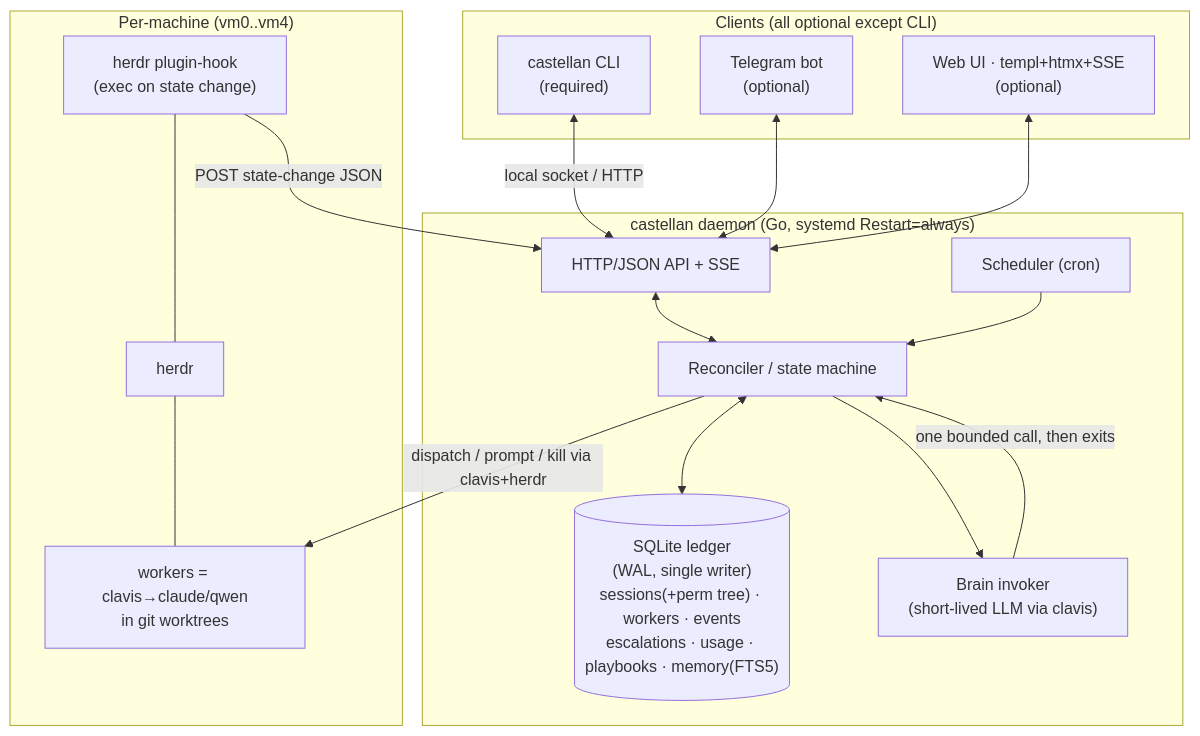
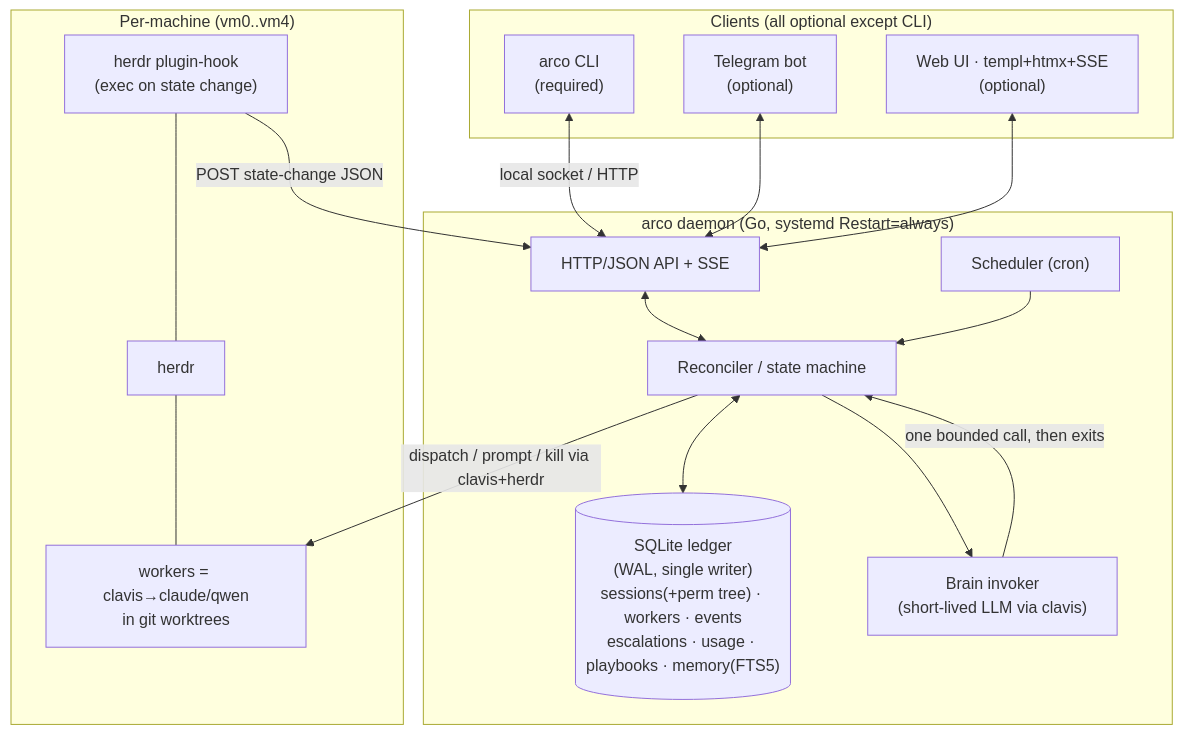
Before and after one commit to dinhlongviolin1/arco: the first of 2 diagrams in docs/overview.md, drawn with Mermaid. The commit also changed other lines of this file and 9 other files, not shown here.

First line of the commit message:
chore: rename castellan → arco (#1)

````diff
--- a/docs/overview.md
+++ b/docs/overview.md
@@ -70,35 +70,35 @@
 ```mermaid
 flowchart TB
     subgraph clients["Clients (all optional except CLI)"]
-        CLI["castellan CLI<br/>(required)"]
+        CLI["arco CLI<br/>(required)"]
         TG["Telegram bot<br/>(optional)"]
         WEB["Web UI · templ+htmx+SSE<br/>(optional)"]
     end
 
-    subgraph daemon["castellan daemon (Go, systemd Restart=always)"]
+    subgraph daemon["arco daemon (Go, systemd Restart=always)"]
         API["HTTP/JSON API + SSE"]
         SM["Reconciler / state machine"]
         LEDGER[("SQLite ledger<br/>(WAL, single writer)<br/>sessions(+perm tree) · workers · events<br/>escalations · usage · playbooks · memory(FTS5)")]
         SCHED["Scheduler (cron)"]
         BRAINCALL["Brain invoker<br/>(short-lived LLM via clavis)"]
     end
 
     subgraph machines["Per-machine (vm0..vm4)"]
         HOOK["herdr plugin-hook<br/>(exec on state change)"]
         HERDR["herdr"]
         WORKERS["workers = clavis→claude/qwen<br/>in git worktrees"]
     end
 
     CLI <-->|"local socket / HTTP"| API
     TG <--> API
     WEB <--> API
     API <--> SM
     SM <--> LEDGER
     SM --> BRAINCALL
     BRAINCALL -->|"one bounded call, then exits"| SM
     SCHED --> SM
     HOOK -->|"POST state-change JSON"| API
     HERDR --- WORKERS
     HOOK --- HERDR
     SM -->|"dispatch / prompt / kill via clavis+herdr"| WORKERS
 ```
````
